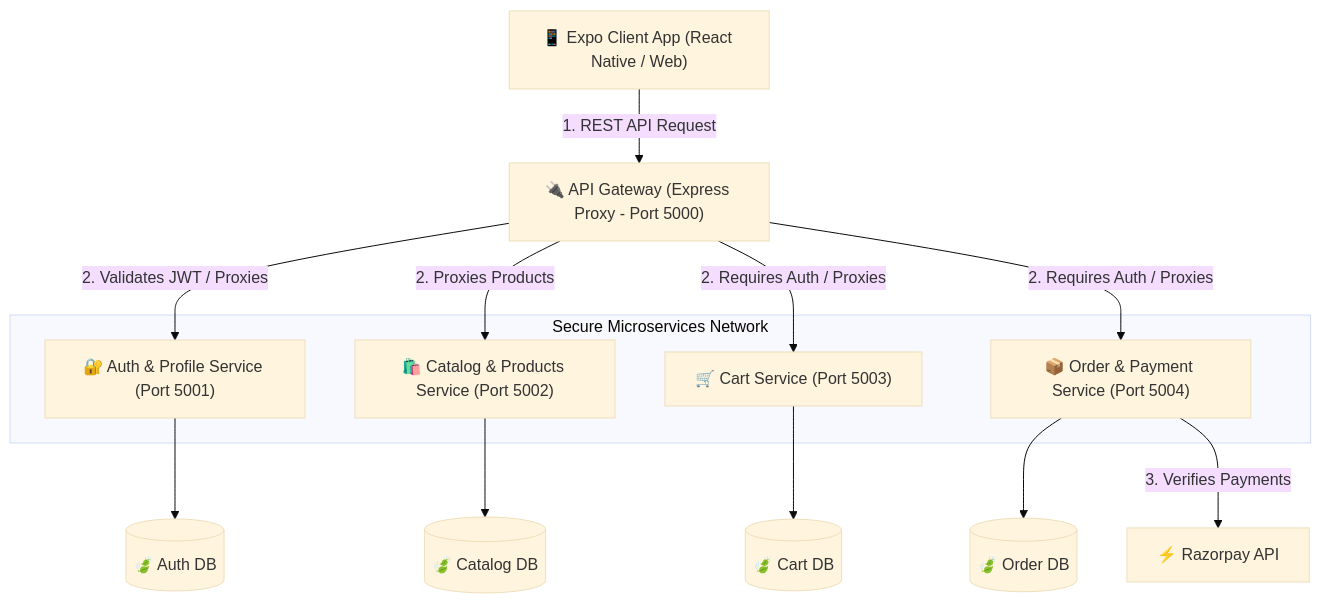
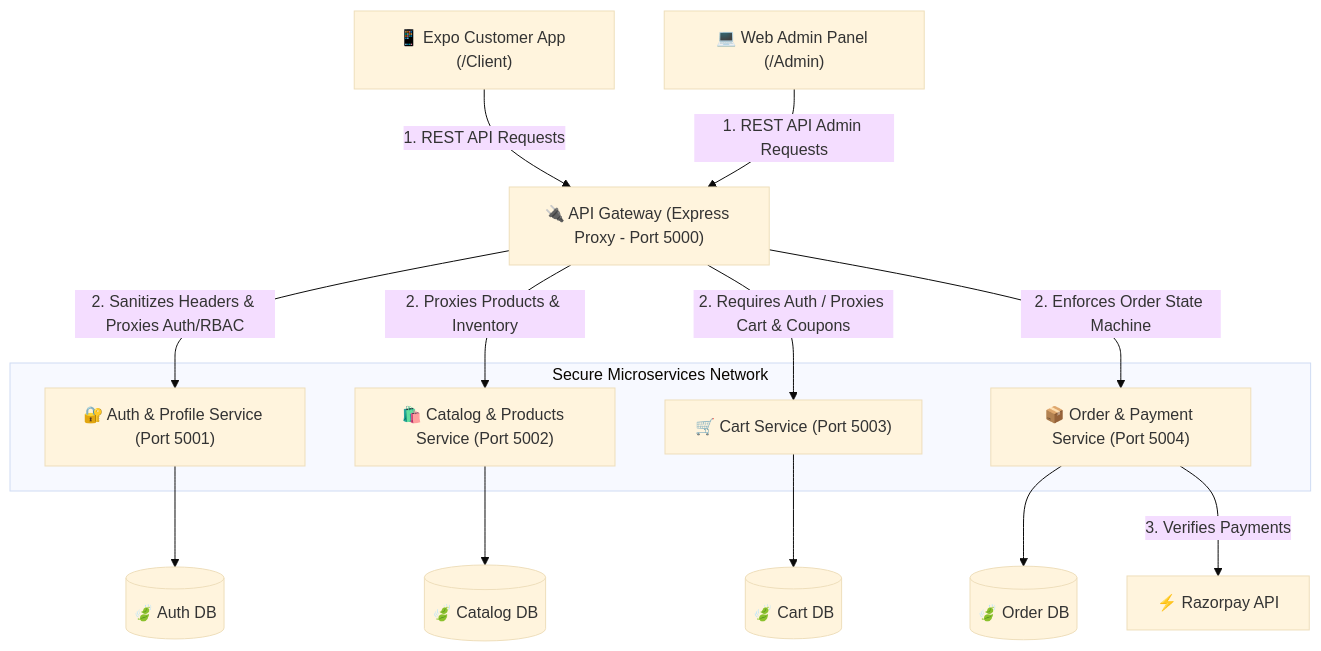
One commit to Uditkrpathak/FashionStoreApp changed the first of 3 diagrams in README.md. Above: the diagram before and after it, drawn with Mermaid (base theme). The commit also changed other lines of this file and 64 other files, not shown here.

````diff
--- a/README.md
+++ b/README.md
@@ -11,34 +9,36 @@
 ```mermaid
 graph TD
-    Client["📱 Expo Client App (React Native / Web)"]
+    Client["📱 Expo Customer App (/Client)"]
+    AdminWeb["💻 Web Admin Panel (/Admin)"]
     Gateway["🔌 API Gateway (Express Proxy - Port 5000)"]
     DB_Auth[(🍃 Auth DB)]
     DB_Catalog[(🍃 Catalog DB)]
     DB_Cart[(🍃 Cart DB)]
     DB_Order[(🍃 Order DB)]
 
     subgraph "Secure Microservices Network"
         AuthService["🔐 Auth & Profile Service (Port 5001)"]
         CatalogService["🛍️ Catalog & Products Service (Port 5002)"]
         CartService["🛒 Cart Service (Port 5003)"]
         OrderService["📦 Order & Payment Service (Port 5004)"]
     end
 
-    %% Client communication
-    Client -->|1. REST API Request| Gateway
+    %% Client & Admin communication
+    Client -->|1. REST API Requests| Gateway
+    AdminWeb -->|1. REST API Admin Requests| Gateway
 
-    %% Gateway Routing & Auth Check
-    Gateway -->|2. Validates JWT / Proxies| AuthService
-    Gateway -->|2. Proxies Products| CatalogService
-    Gateway -->|2. Requires Auth / Proxies| CartService
-    Gateway -->|2. Requires Auth / Proxies| OrderService
+    %% Gateway Routing & Header Sanitization
+    Gateway -->|2. Sanitizes Headers & Proxies Auth/RBAC| AuthService
+    Gateway -->|2. Proxies Products & Inventory| CatalogService
+    Gateway -->|2. Requires Auth / Proxies Cart & Coupons| CartService
+    Gateway -->|2. Enforces Order State Machine| OrderService
 
     %% Database connections
     AuthService --> DB_Auth
     CatalogService --> DB_Catalog
     CartService --> DB_Cart
     OrderService --> DB_Order
     
     %% Inter-service / Third Party
     OrderService -->|3. Verifies Payments| Razorpay["⚡ Razorpay API"]
 ```
````
